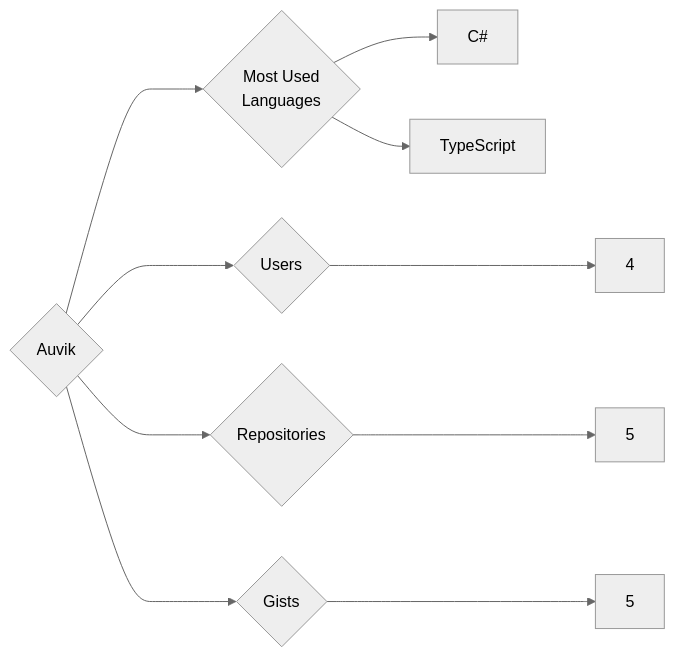
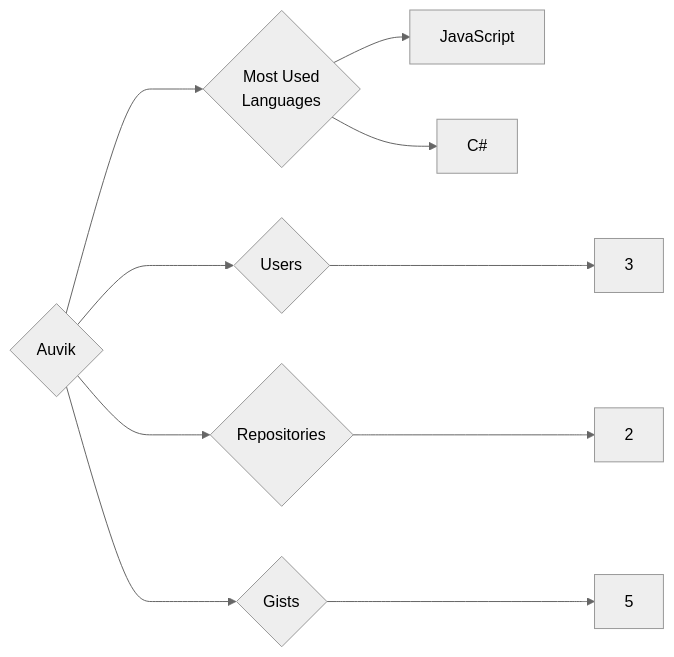
Before and after one commit to trickest/insiders: the diagram in targets/Auvik/README.md, drawn with Mermaid (neutral theme). The commit also changed 783 other files, not shown here.

````diff
--- a/targets/Auvik/README.md
+++ b/targets/Auvik/README.md
@@ -3,10 +3,10 @@
 ```mermaid
 graph LR
 COMPANY_NAME{Auvik}
-COMPANY_NAME ---> U{Users} ---> UN[4]
-COMPANY_NAME ---> R{Repositories} ---> RN[5]
+COMPANY_NAME ---> U{Users} ---> UN[3]
+COMPANY_NAME ---> R{Repositories} ---> RN[2]
 COMPANY_NAME ---> G{Gists} ---> GN[5]
 COMPANY_NAME ---> ML{Most Used<br>Languages}
+ML --> JavaScript[JavaScript]
 ML --> C#[C#]
-ML --> TypeScript[TypeScript]
 ```
````
